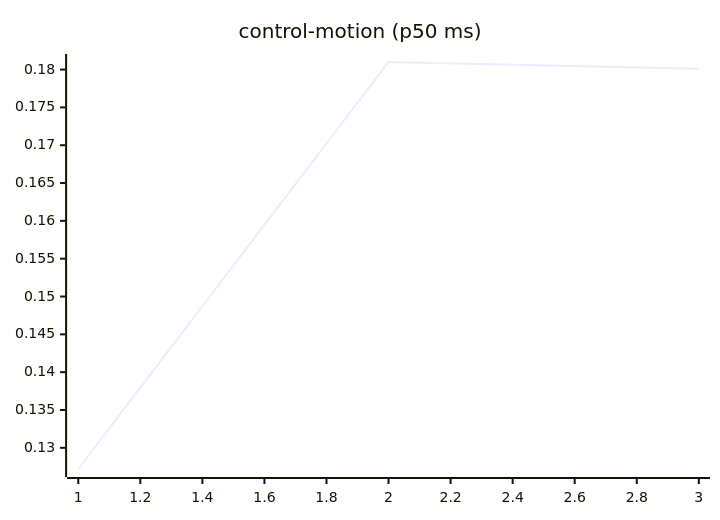
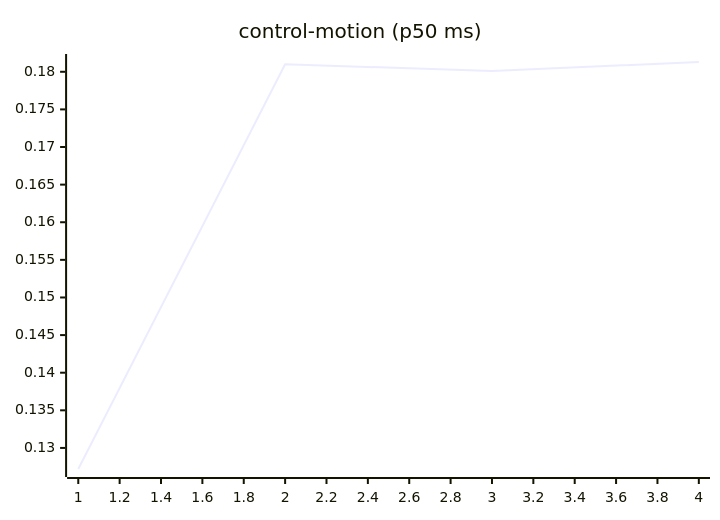
The seventh of 27 diagrams in README.md (josha/Facet), drawn with Mermaid before and after one commit. The commit also changed other lines of this file and 2 other files, not shown here.

````diff
--- a/README.md
+++ b/README.md
@@ -105,6 +105,6 @@
 ```mermaid
 xychart-beta
     title "control-motion (p50 ms)"
-    x-axis 1 --> 3
-    line [0.1272, 0.1810, 0.1801]
+    x-axis 1 --> 4
+    line [0.1272, 0.1810, 0.1801, 0.1813]
 ```
````
